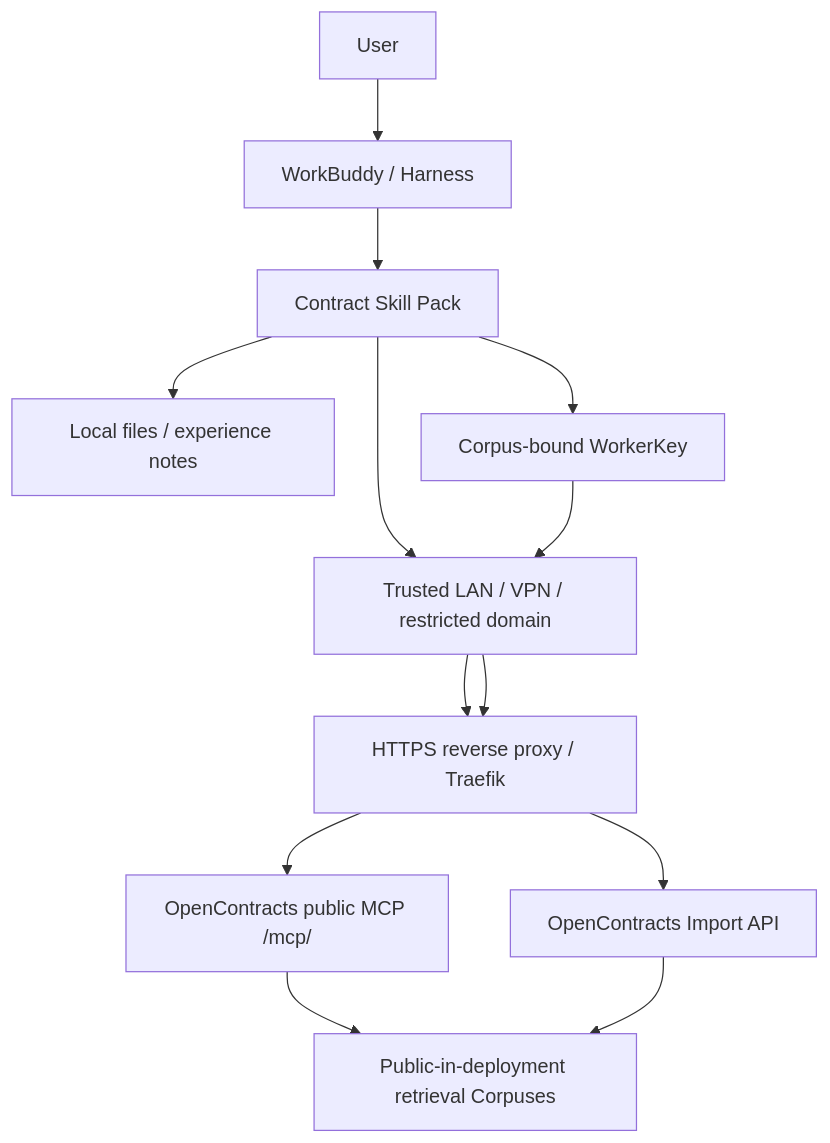
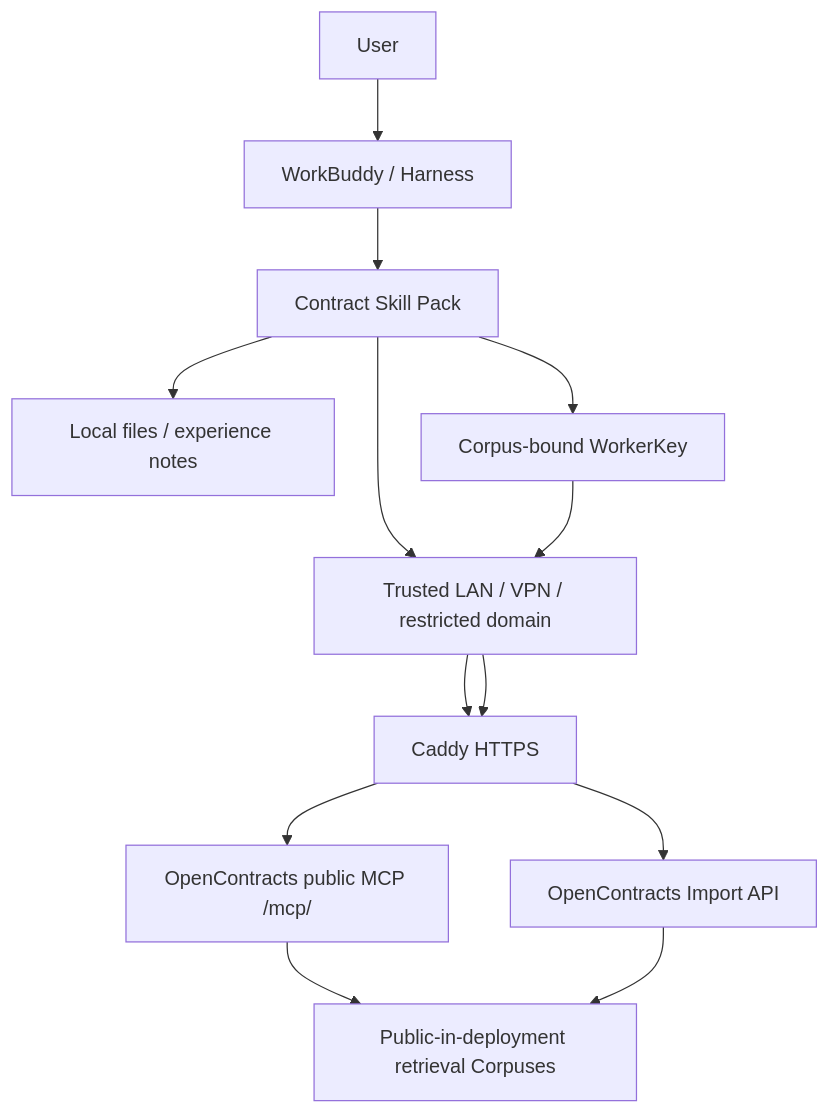
Before and after one commit to Ri0n72Y/ContractBotConfig: the diagram in docs/architecture/security.md, drawn with Mermaid. The commit also changed other lines of this file, not shown here.

Commit message:
docs: fix Caddy as the MVP TLS boundary

````diff
--- a/docs/architecture/security.md
+++ b/docs/architecture/security.md
@@ -23,18 +23,18 @@
 ```mermaid
 flowchart TB
     User[User]
     Harness[WorkBuddy / Harness]
     Skill[Contract Skill Pack]
     Local[Local files / experience notes]
     Net[Trusted LAN / VPN / restricted domain]
-    HTTPS[HTTPS reverse proxy / Traefik]
+    HTTPS[Caddy HTTPS]
     MCP[OpenContracts public MCP /mcp/]
     Worker[Corpus-bound WorkerKey]
     Import[OpenContracts Import API]
     Corpora[Public-in-deployment retrieval Corpuses]
 
     User --> Harness --> Skill
     Skill --> Local
     Skill --> Net --> HTTPS --> MCP --> Corpora
     Skill --> Worker --> Net --> HTTPS --> Import --> Corpora
 ```
````
